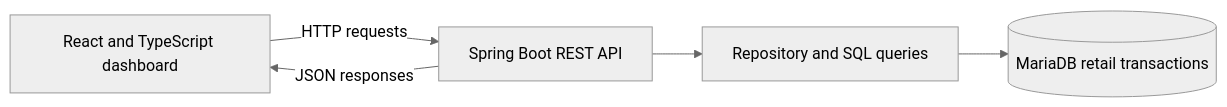
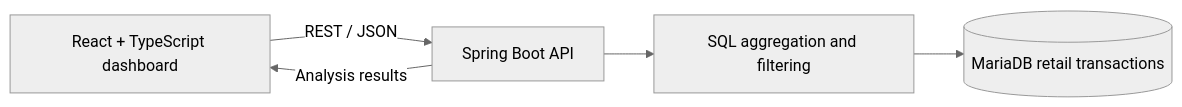
One commit to iamTMW/ecommerce-analytics-platform changed the diagram in README.md. Above: the diagram before and after it, drawn with Mermaid (neutral theme). The commit also changed other lines of this file, not shown here.

````diff
--- a/README.md
+++ b/README.md
@@ -22,7 +20,7 @@
 ```mermaid
 flowchart LR
-    A[React and TypeScript dashboard] -->|HTTP requests| B[Spring Boot REST API]
-    B --> C[Repository and SQL queries]
-    C --> D[(MariaDB retail transactions)]
-    B -->|JSON responses| A
+  UI[React + TypeScript dashboard] -->|REST / JSON| API[Spring Boot API]
+  API --> SQL[SQL aggregation and filtering]
+  SQL --> DB[(MariaDB retail transactions)]
+  API -->|Analysis results| UI
 ```
````
